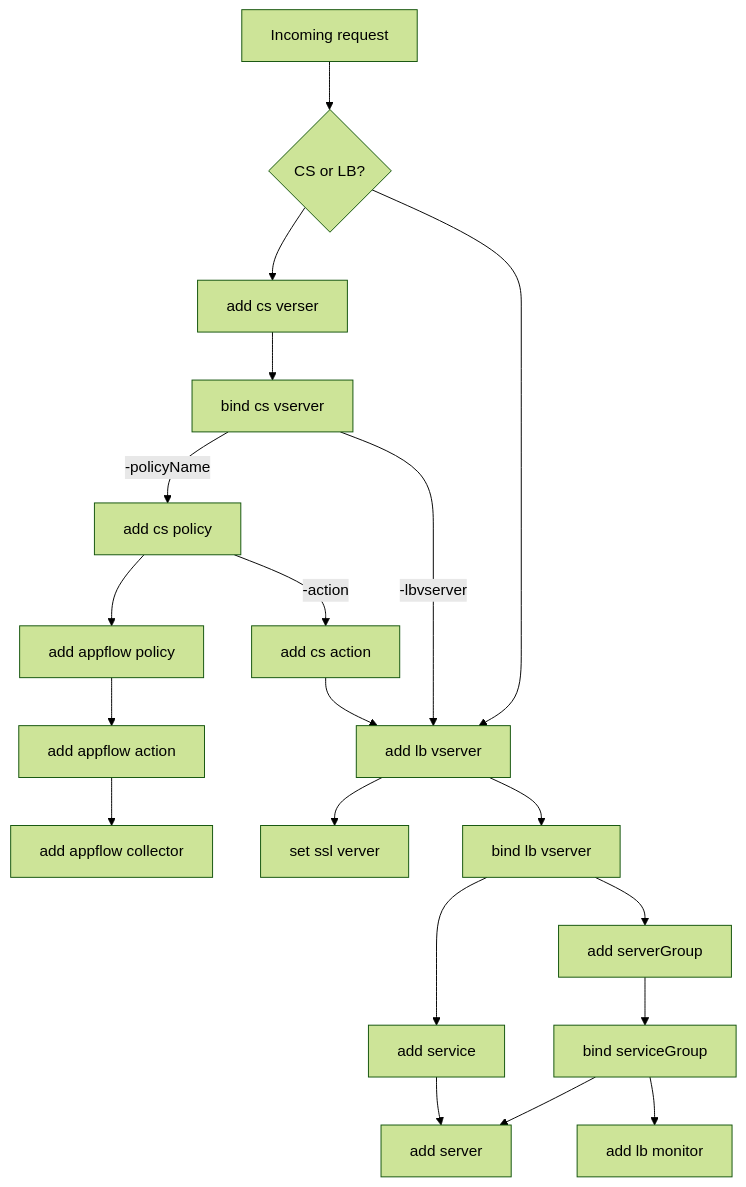
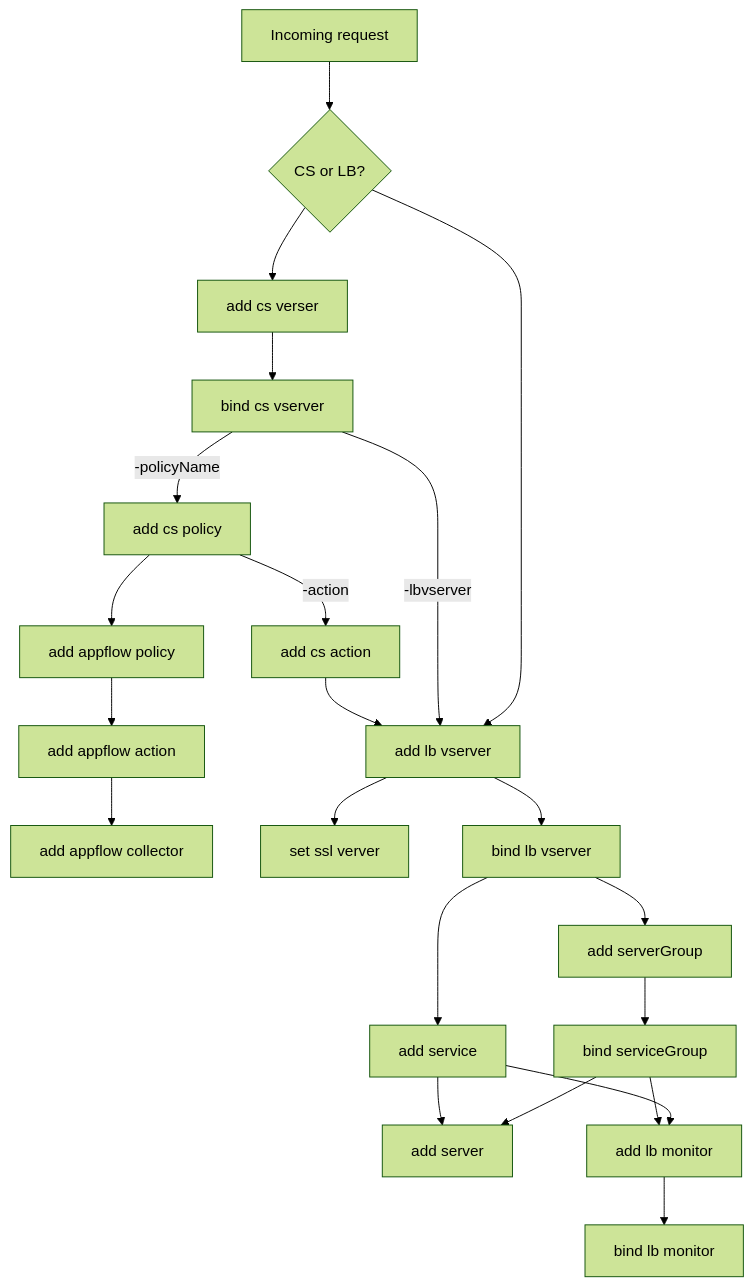
One commit to f5devcentral/vscode-f5-flipper changed the diagram in README.md. Above: the diagram before and after it, drawn with Mermaid (forest theme). The commit also changed other lines of this file and 11 other files, not shown here.

````diff
--- a/README.md
+++ b/README.md
@@ -171,26 +170,28 @@
 ```mermaid
 flowchart TD
     A[Incoming request]-->C{CS or LB?}
     C -->acv[add cs verser]
     acv -->bcsvs[bind cs vserver]
     bcsvs-->|"-policyName"|acsp[add cs policy]
     acsp-->|"-action"|acsa[add cs action]
     acsa-->albvs
 
     bcsvs-->|"-lbvserver"|albvs
 
     acsp-->aafp[add appflow policy]
     aafp-->aafa[add appflow action]
     aafa-->aafc[add appflow collector]
 
 
     C -->albvs[add lb vserver]
     albvs-->ssvserver[set ssl verver]
     albvs-->blbvs[bind lb vserver]
     blbvs-->aservice[add service]
     aservice-->aserver[add server]
     blbvs-->asg[add serverGroup]
     asg-->bsg[bind serviceGroup]
     bsg-->aserver
     bsg-->albm[add lb monitor]
+    albm-->blbm[bind lb monitor]
+    aservice-->albm
 ```
````
